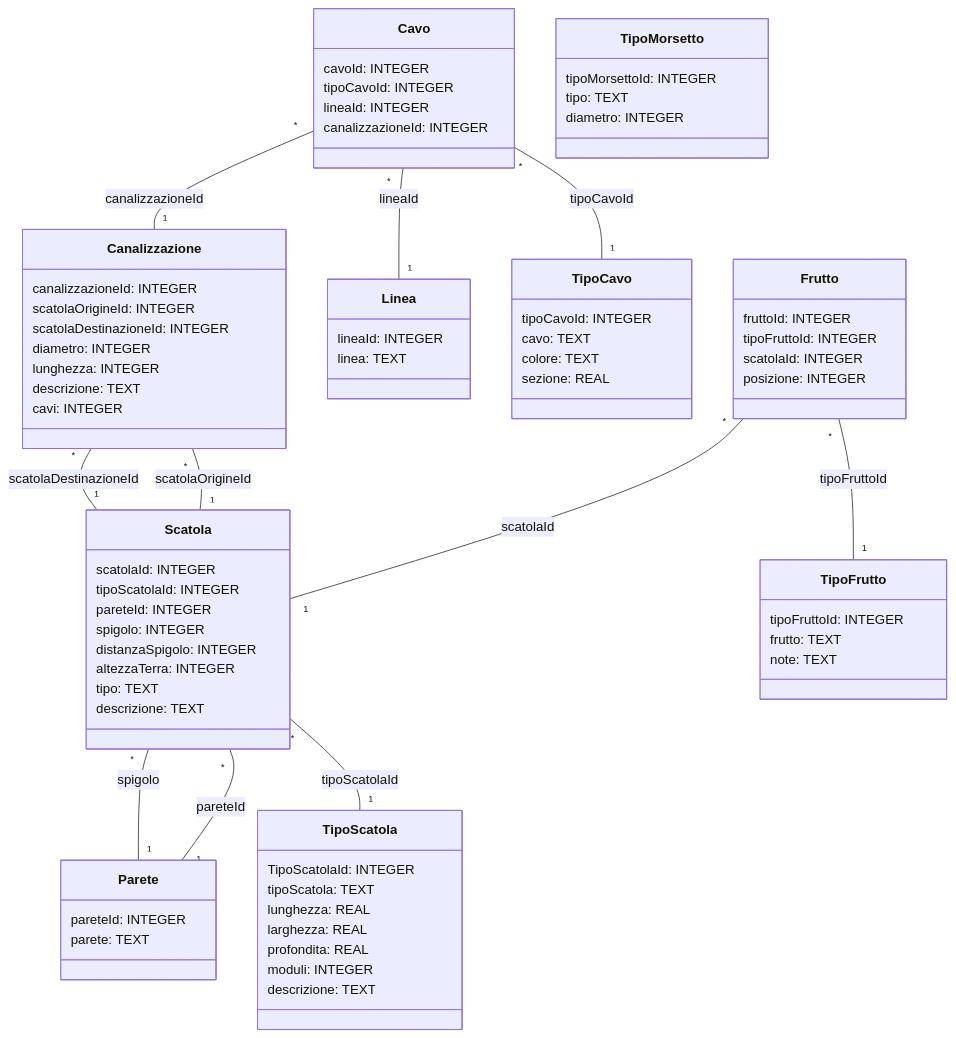
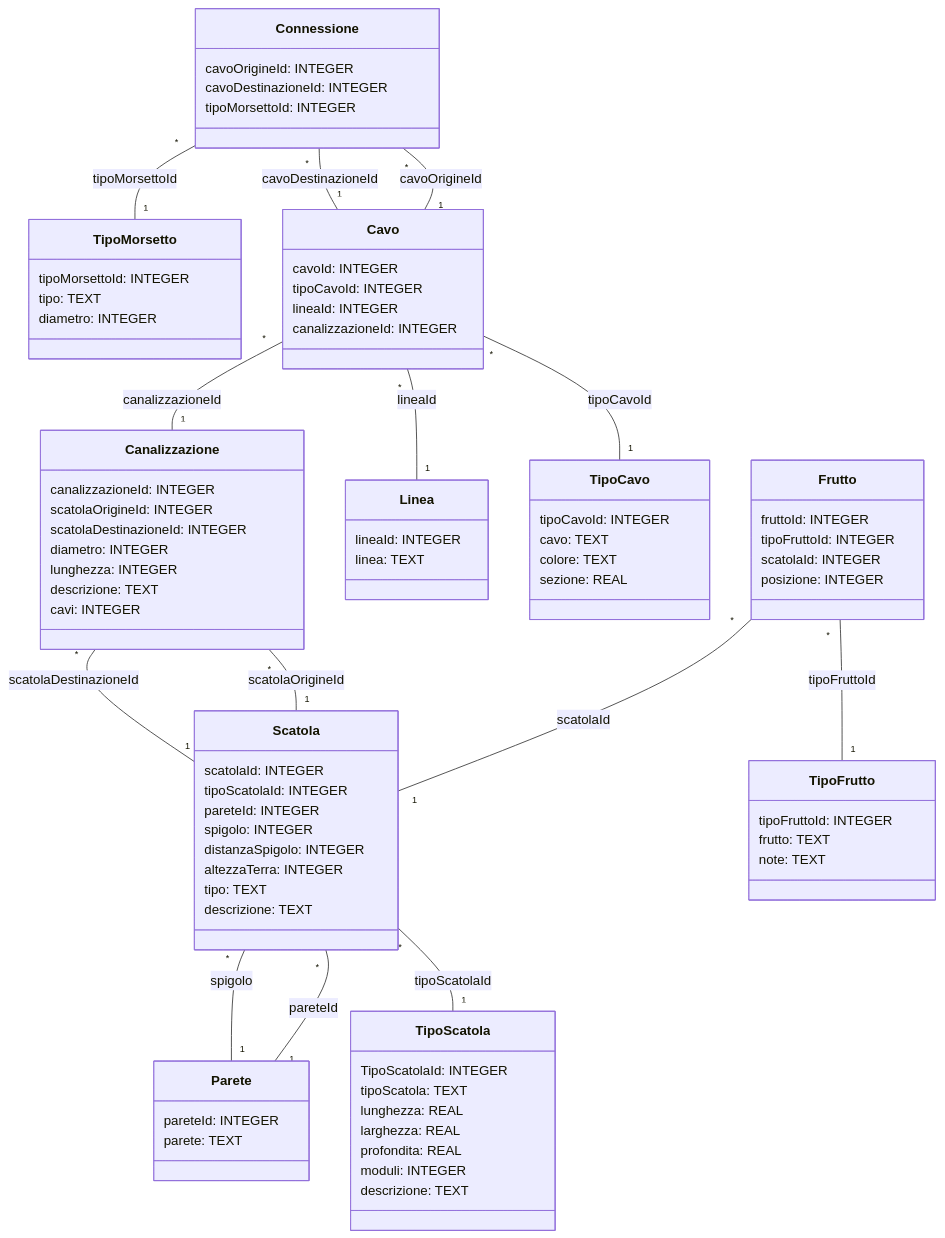
The diagram in impianto-elettrico/doc/impianto-elettrico.mermaid (gionatamassibenincasa/database-didattici), drawn with Mermaid before and after one commit. The commit also changed 6 other files, not shown here.

```diff
--- a/impianto-elettrico/doc/impianto-elettrico.mermaid
+++ b/impianto-elettrico/doc/impianto-elettrico.mermaid
@@ -1,85 +1,94 @@
 classDiagram
+class TipoMorsetto {
+	tipoMorsettoId: INTEGER
+	tipo: TEXT
+	diametro: INTEGER
+}
+
 class TipoCavo {
 	tipoCavoId: INTEGER
 	cavo: TEXT
 	colore: TEXT
 	sezione: REAL
 }
 
 class TipoFrutto {
 	tipoFruttoId: INTEGER
 	frutto: TEXT
 	note: TEXT
 }
 
 class Parete {
 	pareteId: INTEGER
 	parete: TEXT
 }
 
 class TipoScatola {
 	TipoScatolaId: INTEGER
 	tipoScatola: TEXT
 	lunghezza: REAL
 	larghezza: REAL
 	profondita: REAL
 	moduli: INTEGER
 	descrizione: TEXT
 }
 
 class Scatola {
 	scatolaId: INTEGER
 	tipoScatolaId: INTEGER
 	pareteId: INTEGER
 	spigolo: INTEGER
 	distanzaSpigolo: INTEGER
 	altezzaTerra: INTEGER
 	tipo: TEXT
 	descrizione: TEXT
 }
 
 class Canalizzazione {
 	canalizzazioneId: INTEGER
 	scatolaOrigineId: INTEGER
 	scatolaDestinazioneId: INTEGER
 	diametro: INTEGER
 	lunghezza: INTEGER
 	descrizione: TEXT
 	cavi: INTEGER
 }
 
 class Linea {
 	lineaId: INTEGER
 	linea: TEXT
 }
 
 class Cavo {
 	cavoId: INTEGER
 	tipoCavoId: INTEGER
 	lineaId: INTEGER
 	canalizzazioneId: INTEGER
 }
 
 class Frutto {
 	fruttoId: INTEGER
 	tipoFruttoId: INTEGER
 	scatolaId: INTEGER
 	posizione: INTEGER
 }
 
-class TipoMorsetto {
+class Connessione {
+	cavoOrigineId: INTEGER
+	cavoDestinazioneId: INTEGER
 	tipoMorsettoId: INTEGER
-	tipo: TEXT
-	diametro: INTEGER
 }
 
 Scatola "*" -- "1" Parete : spigolo
 Scatola "*" -- "1" Parete : pareteId
 Scatola "*" -- "1" TipoScatola : tipoScatolaId
 Canalizzazione "*" -- "1" Scatola : scatolaDestinazioneId
 Canalizzazione "*" -- "1" Scatola : scatolaOrigineId
 Cavo "*" -- "1" Canalizzazione : canalizzazioneId
 Cavo "*" -- "1" Linea : lineaId
 Cavo "*" -- "1" TipoCavo : tipoCavoId
 Frutto "*" -- "1" Scatola : scatolaId
 Frutto "*" -- "1" TipoFrutto : tipoFruttoId
+Connessione "*" -- "1" TipoMorsetto : tipoMorsettoId
+Connessione "*" -- "1" Cavo : cavoDestinazioneId
+Connessione "*" -- "1" Cavo : cavoOrigineId
```
